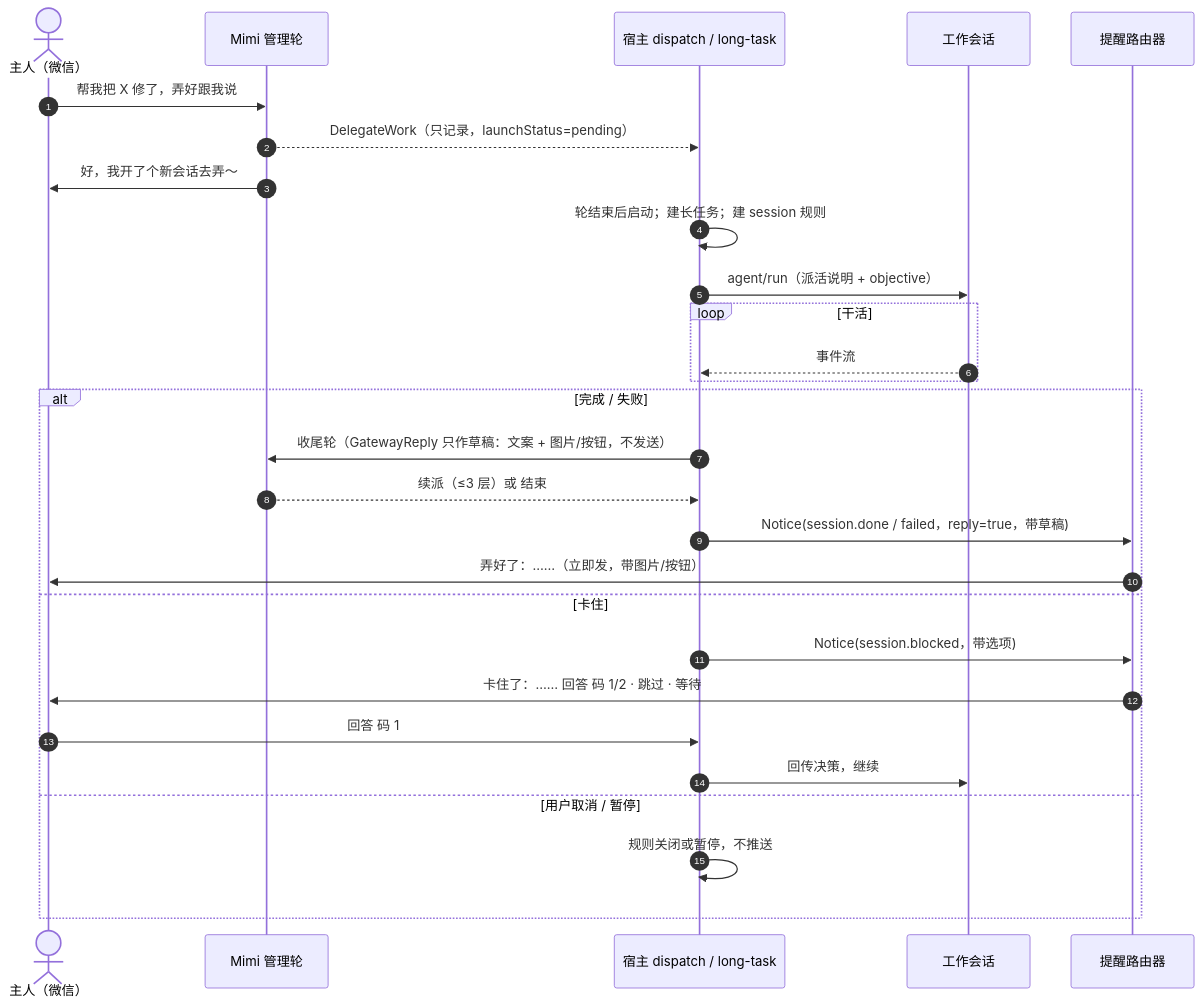
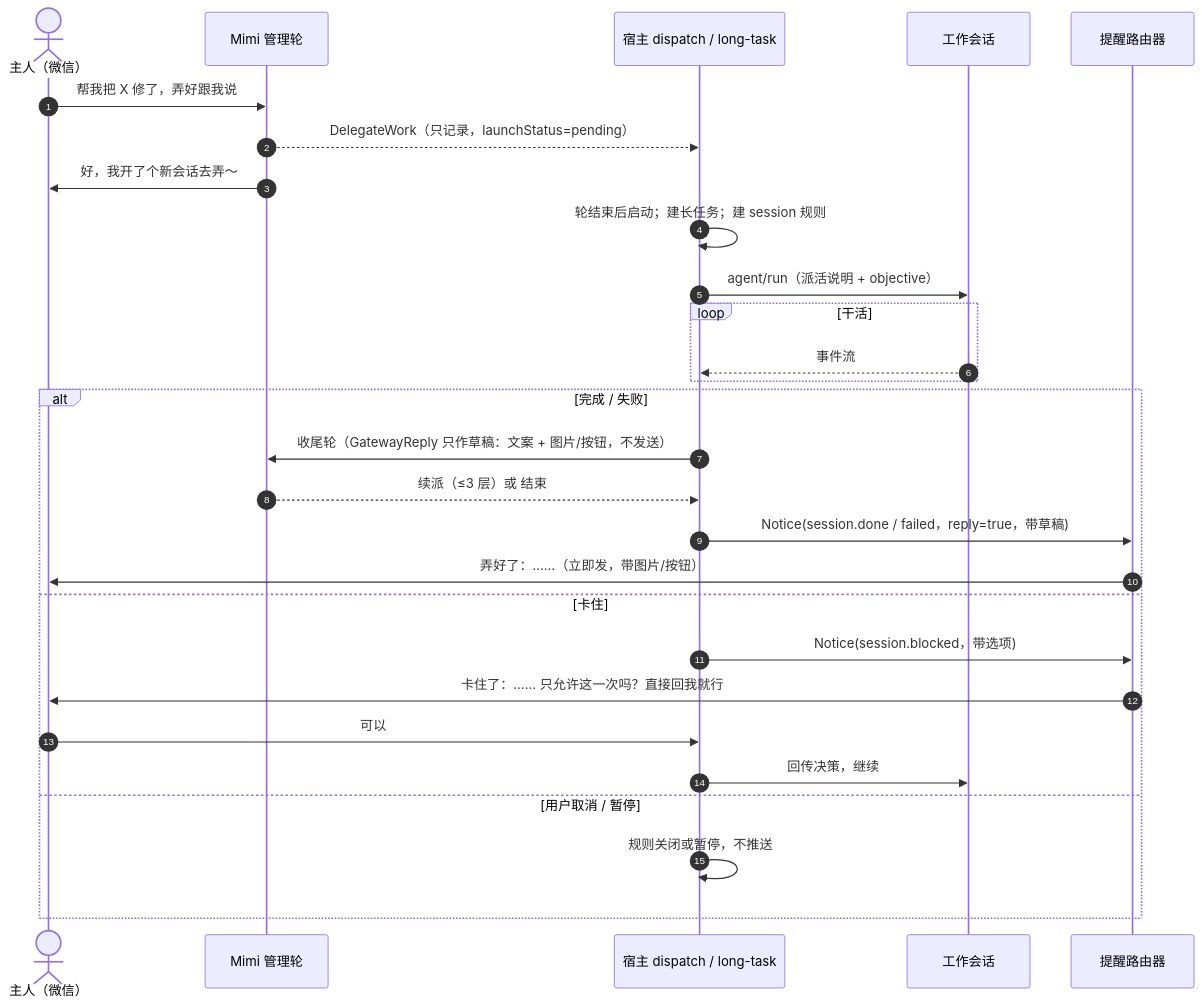
One commit to cjhyy/codeshell changed the second of 5 diagrams in docs/superpowers/specs/2026-11-09-mimi-dispatch-notify-proactivity-design.md. Above: the diagram before and after it, drawn with Mermaid. The commit also changed other lines of this file and 2 other files, not shown here.

````diff
--- a/docs/superpowers/specs/2026-11-09-mimi-dispatch-notify-proactivity-design.md
+++ b/docs/superpowers/specs/2026-11-09-mimi-dispatch-notify-proactivity-design.md
@@ -267,31 +267,31 @@
 ```mermaid
 sequenceDiagram
   autonumber
   actor U as 主人（微信）
   participant M as Mimi 管理轮
   participant H as 宿主 dispatch / long-task
   participant W as 工作会话
   participant R as 提醒路由器
 
   U->>M: 帮我把 X 修了，弄好跟我说
   M-->>H: DelegateWork（只记录，launchStatus=pending）
   M->>U: 好，我开了个新会话去弄～
   H->>H: 轮结束后启动；建长任务；建 session 规则
   H->>W: agent/run（派活说明 + objective）
   loop 干活
     W-->>H: 事件流
   end
   alt 完成 / 失败
     H->>M: 收尾轮（GatewayReply 只作草稿：文案 + 图片/按钮，不发送）
     M-->>H: 续派（≤3 层）或 结束
     H->>R: Notice(session.done / failed，reply=true，带草稿)
     R->>U: 弄好了：……（立即发，带图片/按钮）
   else 卡住
     H->>R: Notice(session.blocked，带选项)
-    R->>U: 卡住了：……  回答 码 1/2 · 跳过 · 等待
-    U->>H: 回答 码 1
+    R->>U: 卡住了：…… 只允许这一次吗？直接回我就行
+    U->>H: 可以
     H->>W: 回传决策，继续
   else 用户取消 / 暂停
     H->>H: 规则关闭或暂停，不推送
   end
 ```
````
